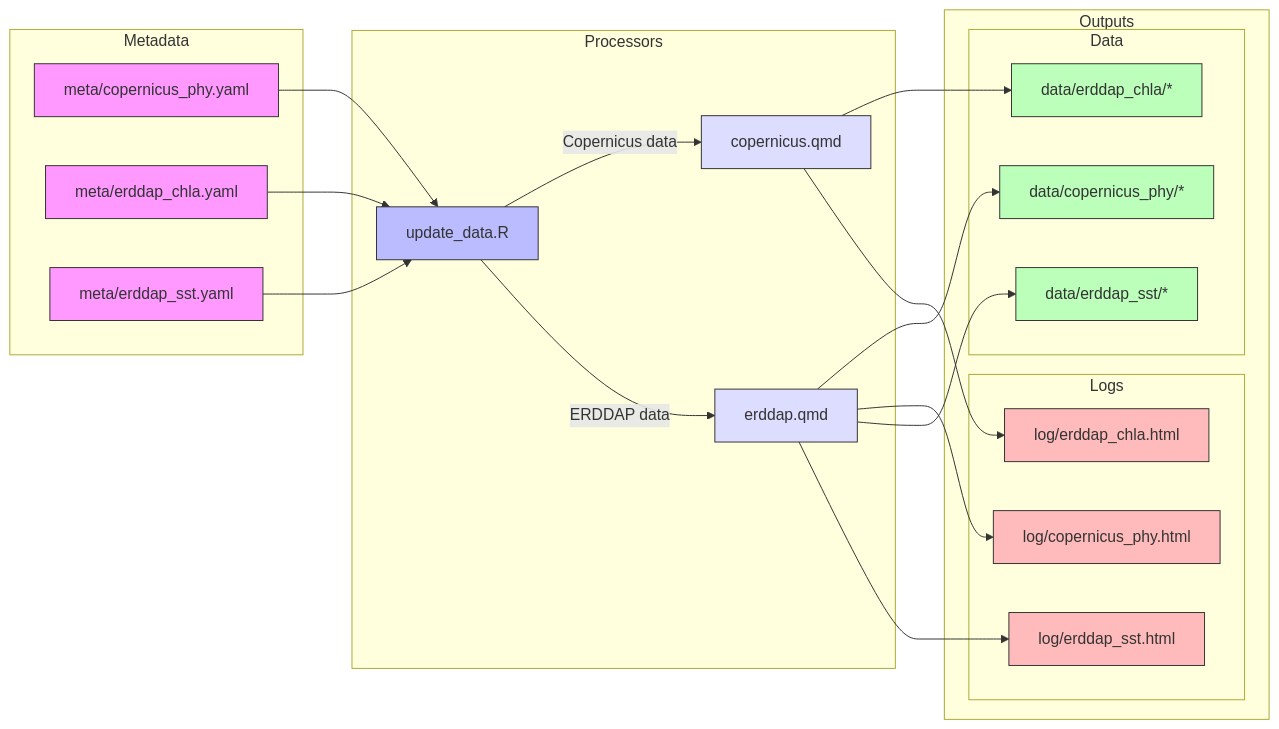
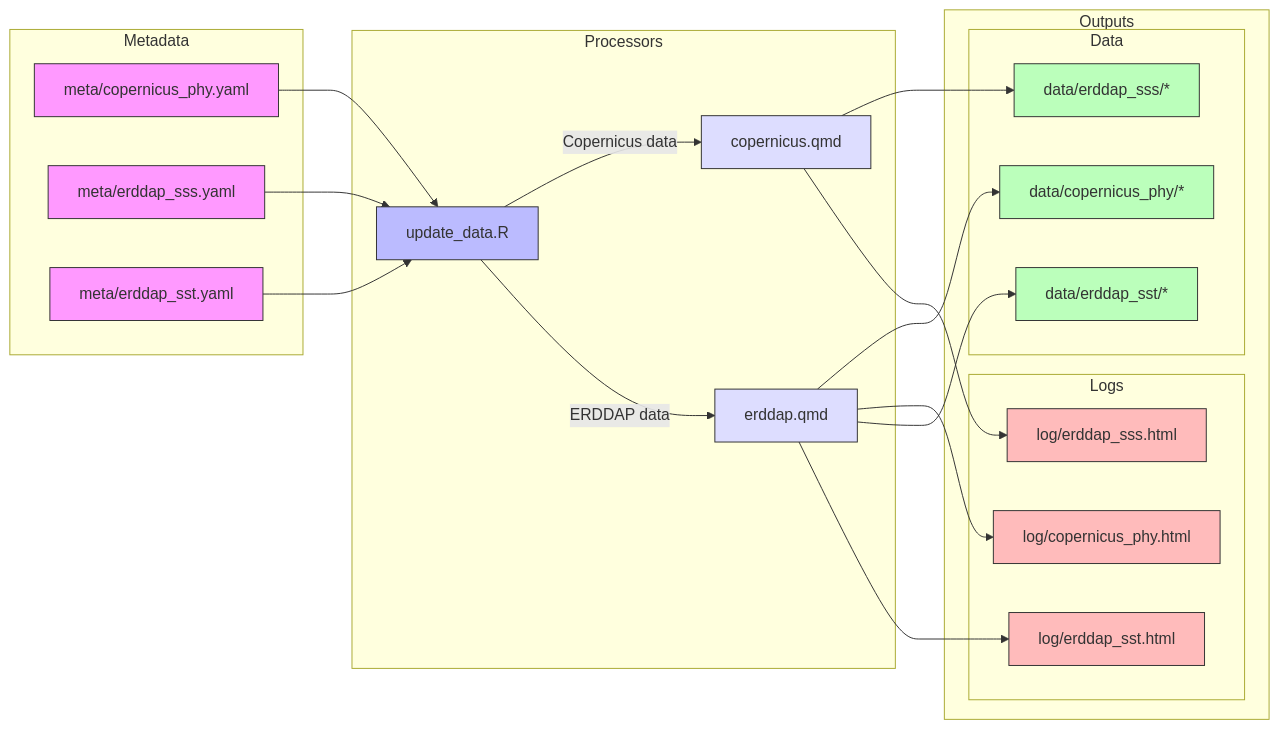
The diagram in README.md (noaa-onms/climate-dashboard-app), drawn with Mermaid before and after one commit. The commit also changed other lines of this file, not shown here.

Commit message:
mmd diag

````diff
--- a/README.md
+++ b/README.md
@@ -24,58 +24,58 @@
 ```mermaid
 graph LR
     subgraph Metadata
         M1[meta/copernicus_phy.yaml]
-        M2[meta/erddap_chla.yaml]
+        M2[meta/erddap_sss.yaml]
         M3[meta/erddap_sst.yaml]
     end
     
     subgraph Processors
         P1[update_data.R]
         P2[copernicus.qmd]
         P3[erddap.qmd]
     end
     
     subgraph Outputs
         subgraph Data
             D1[data/copernicus_phy/*]
-            D2[data/erddap_chla/*]
+            D2[data/erddap_sss/*]
             D3[data/erddap_sst/*]
         end
         
         subgraph Logs
             L1[log/copernicus_phy.html]
-            L2[log/erddap_chla.html]
+            L2[log/erddap_sss.html]
             L3[log/erddap_sst.html]
         end
     end
     
     M1 --> P1
     M2 --> P1
     M3 --> P1
     
     P1 --> |Copernicus data| P2
     P1 --> |ERDDAP data| P3
     
     P3 --> D1
     P3 --> L1
     P2 --> D2
     P2 --> L2
     P3 --> D3
     P3 --> L3
     
     style M1 fill:#f9f,stroke:#333,stroke-width:1px
     style M2 fill:#f9f,stroke:#333,stroke-width:1px
     style M3 fill:#f9f,stroke:#333,stroke-width:1px
     
     style P1 fill:#bbf,stroke:#333,stroke-width:1px
     style P2 fill:#ddf,stroke:#333,stroke-width:1px
     style P3 fill:#ddf,stroke:#333,stroke-width:1px
     
     style D1 fill:#bfb,stroke:#333,stroke-width:1px
     style D2 fill:#bfb,stroke:#333,stroke-width:1px
     style D3 fill:#bfb,stroke:#333,stroke-width:1px
     
     style L1 fill:#fbb,stroke:#333,stroke-width:1px
     style L2 fill:#fbb,stroke:#333,stroke-width:1px
     style L3 fill:#fbb,stroke:#333,stroke-width:1px
 ```
````
